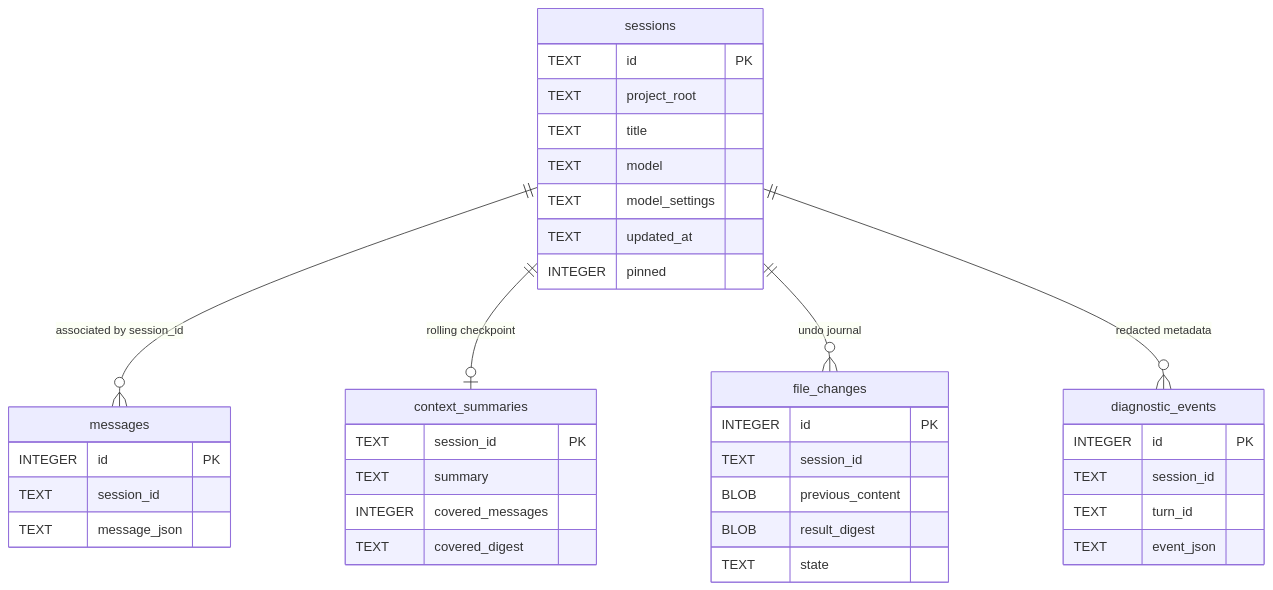
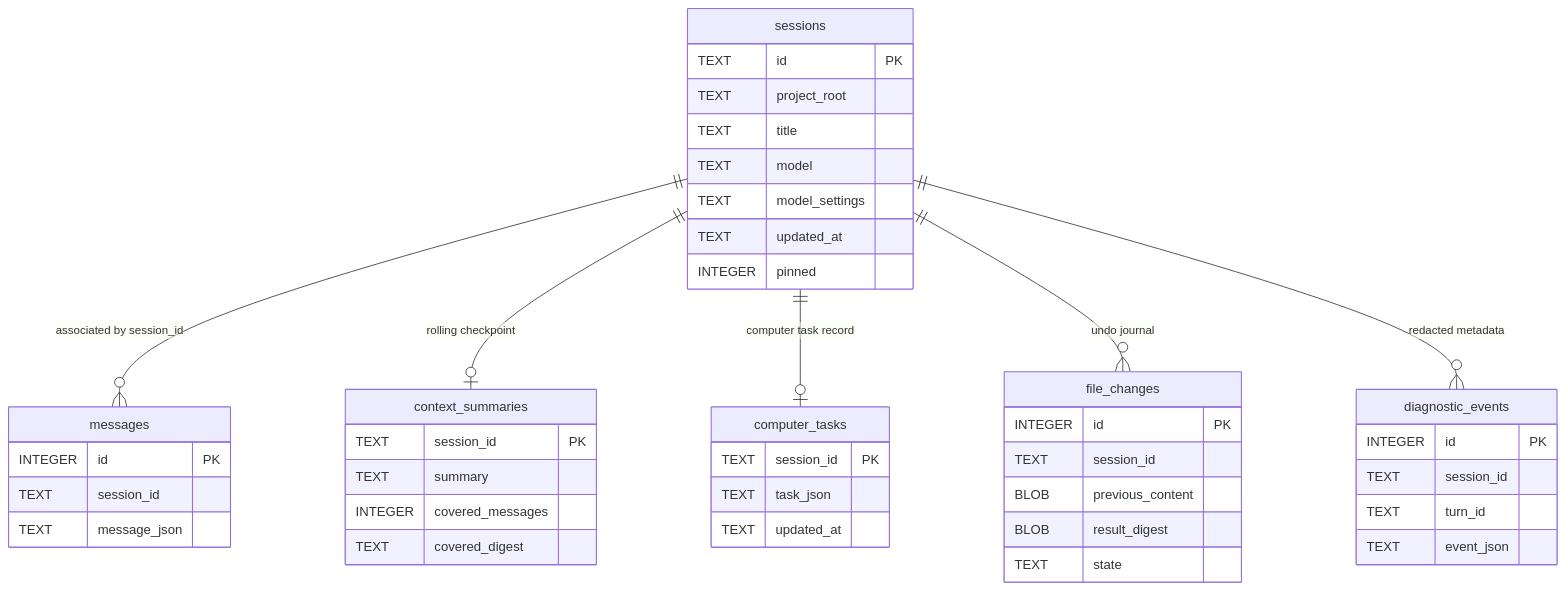
One commit to MetalCloth/mini-hermes changed the first of 4 diagrams in src/docs/05-session-storage-and-recovery.md. Above: the diagram before and after it, drawn with Mermaid. The commit also changed other lines of this file and 10 other files, not shown here.

Commit message:
Add durable computer task ledger and faster observation path

````diff
--- a/src/docs/05-session-storage-and-recovery.md
+++ b/src/docs/05-session-storage-and-recovery.md
@@ -29,40 +31,46 @@
 ```mermaid
 erDiagram
     sessions ||--o{ messages : "associated by session_id"
     sessions ||--o| context_summaries : "rolling checkpoint"
+    sessions ||--o| computer_tasks : "computer task record"
     sessions ||--o{ file_changes : "undo journal"
     sessions ||--o{ diagnostic_events : "redacted metadata"
     sessions {
         TEXT id PK
         TEXT project_root
         TEXT title
         TEXT model
         TEXT model_settings
         TEXT updated_at
         INTEGER pinned
     }
     messages {
         INTEGER id PK
         TEXT session_id
         TEXT message_json
     }
     context_summaries {
         TEXT session_id PK
         TEXT summary
         INTEGER covered_messages
         TEXT covered_digest
     }
+    computer_tasks {
+        TEXT session_id PK
+        TEXT task_json
+        TEXT updated_at
+    }
     file_changes {
         INTEGER id PK
         TEXT session_id
         BLOB previous_content
         BLOB result_digest
         TEXT state
     }
     diagnostic_events {
         INTEGER id PK
         TEXT session_id
         TEXT turn_id
         TEXT event_json
     }
 ```
````
